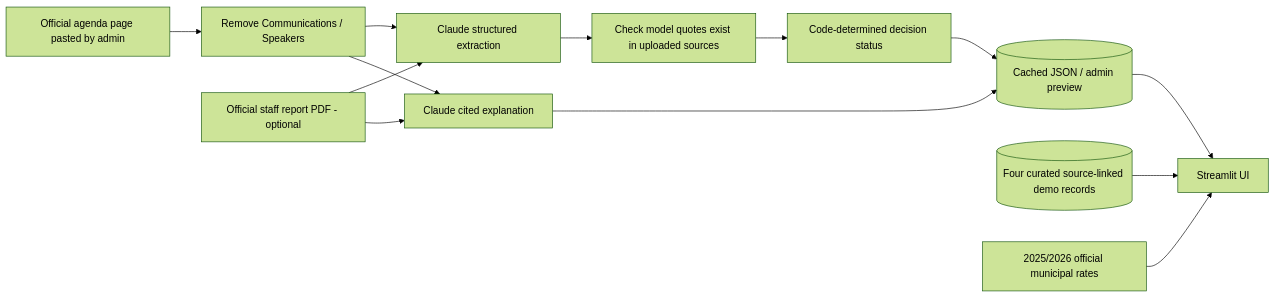
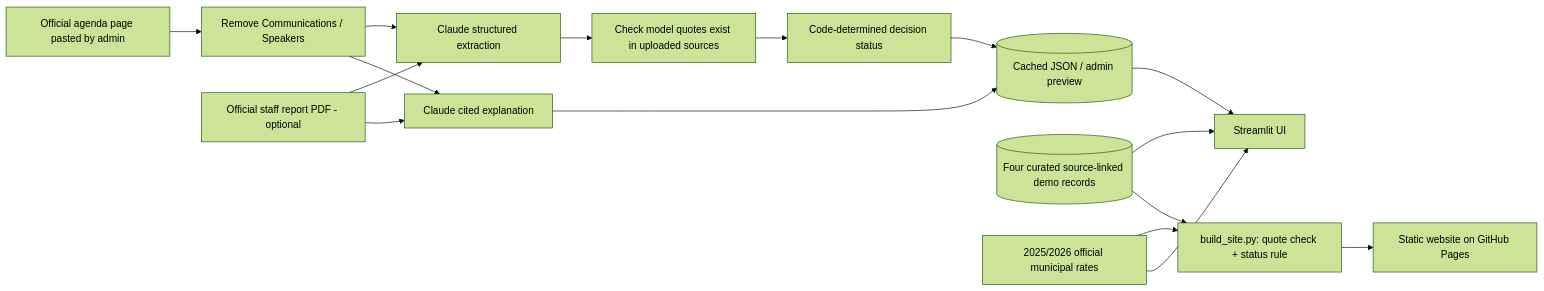
The diagram in README.md (zxding2007/civicclear-2026), drawn with Mermaid (forest theme) before and after one commit. The commit also changed other lines of this file and 3 other files, not shown here.

````diff
--- a/README.md
+++ b/README.md
@@ -78,15 +78,18 @@
 ```mermaid
 flowchart LR
     A[Official agenda page pasted by admin] --> R[Remove Communications / Speakers]
     R --> X[Claude structured extraction]
     P[Official staff report PDF - optional] --> X
     P --> E[Claude cited explanation]
     R --> E
     X --> V[Check model quotes exist in uploaded sources]
     V --> S[Code-determined decision status]
     S --> C[(Cached JSON / admin preview)]
     E --> C
     D[(Four curated source-linked demo records)] --> U[Streamlit UI]
+    D --> B[build_site.py: quote check + status rule]
+    B --> W[Static website on GitHub Pages]
+    T --> B
     C --> U
     T[2025/2026 official municipal rates] --> U
 ```
````
